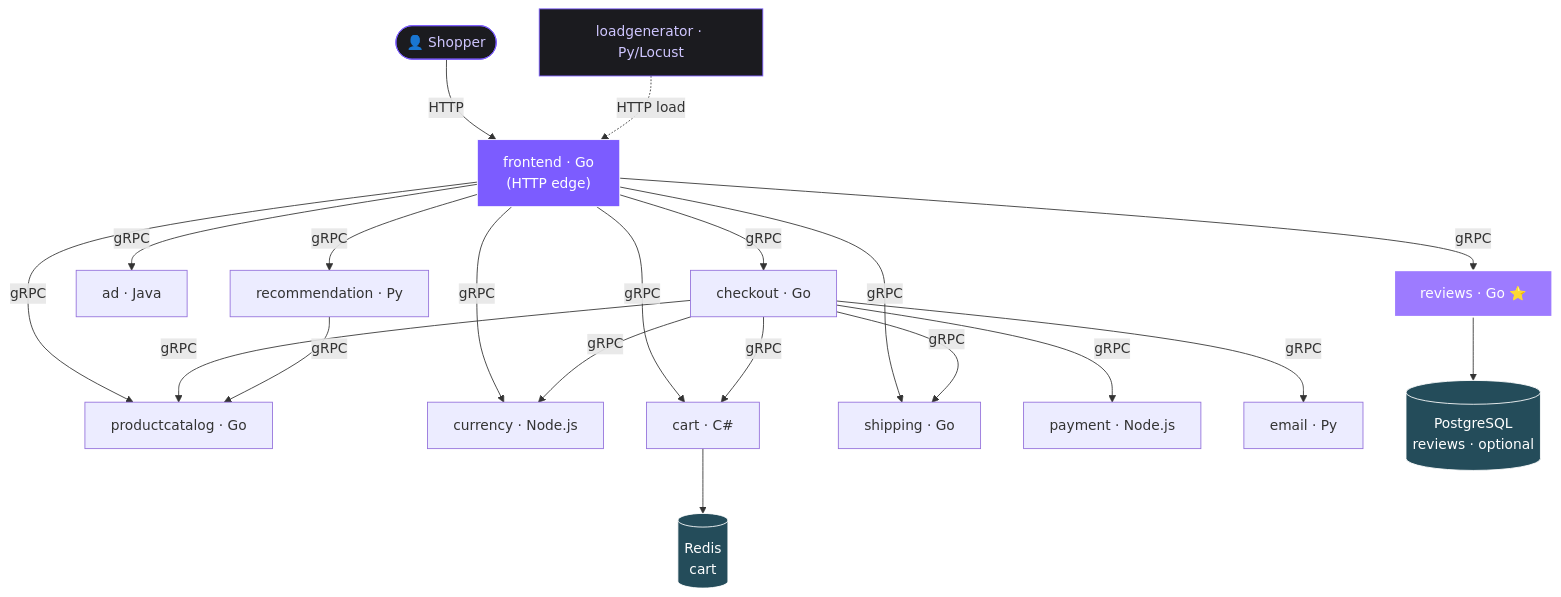
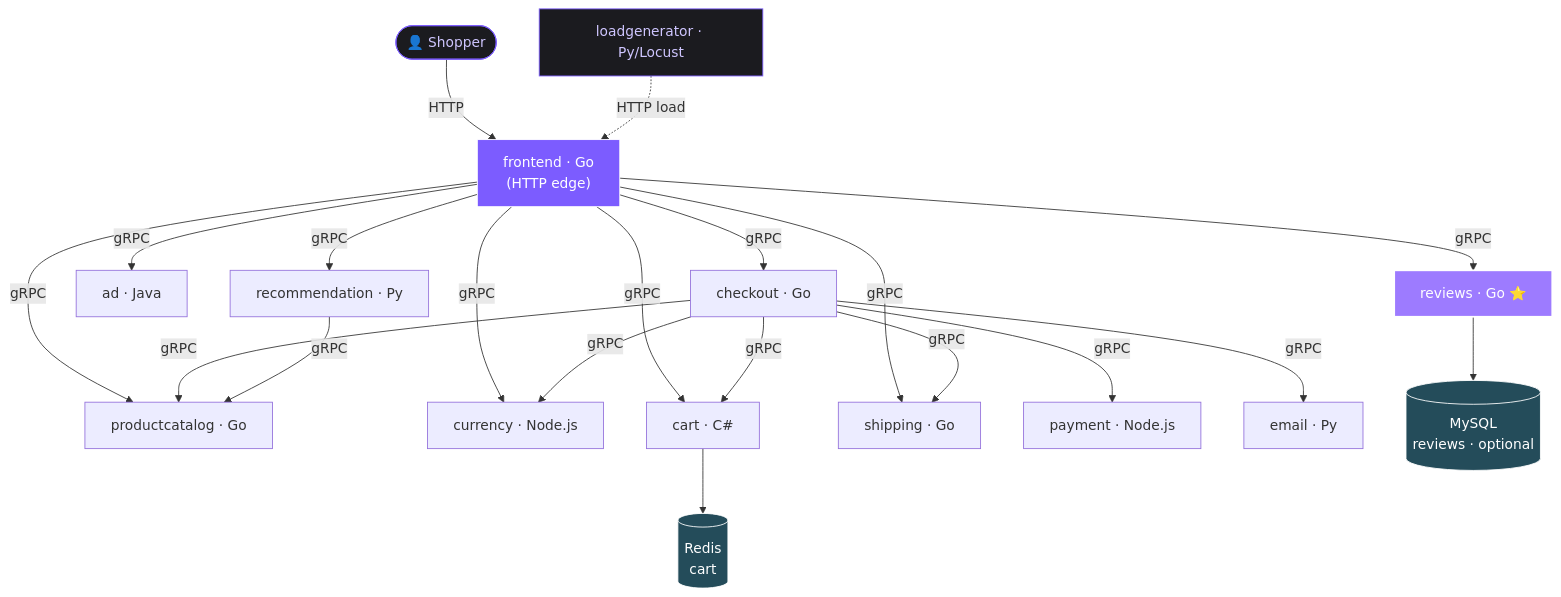
Before and after one commit to grvtech1/VANTA-Boutique: the first of 2 diagrams in README.md, drawn with Mermaid. The commit also changed other lines of this file and 25 other files, not shown here.

````diff
--- a/README.md
+++ b/README.md
@@ -97,39 +97,39 @@
 ```mermaid
 flowchart TD
     user([👤 Shopper]):::ext
     lg[loadgenerator · Py/Locust]:::ext
 
     user -->|HTTP| fe
     lg -. HTTP load .-> fe
 
     fe["frontend · Go<br/>(HTTP edge)"]:::edge
 
     %% frontend fan-out (gRPC)
     fe -->|gRPC| pc[productcatalog · Go]
     fe -->|gRPC| cur[currency · Node.js]
     fe -->|gRPC| cart[cart · C#]
     fe -->|gRPC| rec[recommendation · Py]
     fe -->|gRPC| ship[shipping · Go]
     fe -->|gRPC| ad[ad · Java]
     fe -->|gRPC| rev["reviews · Go ⭐"]:::new
     fe -->|gRPC| co[checkout · Go]
 
     %% checkout orchestration (gRPC)
     co -->|gRPC| cart
     co -->|gRPC| pc
     co -->|gRPC| cur
     co -->|gRPC| ship
     co -->|gRPC| pay[payment · Node.js]
     co -->|gRPC| email[email · Py]
 
     rec -->|gRPC| pc
 
     %% data stores
     cart --> redis[("Redis<br/>cart")]:::store
-    rev --> pg[("PostgreSQL<br/>reviews · optional")]:::store
+    rev --> pg[("MySQL<br/>reviews · optional")]:::store
 
     classDef edge  fill:#7c5cff,stroke:#fff,color:#fff;
     classDef new   fill:#9d7bff,stroke:#fff,color:#fff,stroke-width:2px;
     classDef store fill:#244c5a,stroke:#fff,color:#fff;
     classDef ext   fill:#1b1b1f,stroke:#7c5cff,color:#cfc6ff;
 ```
````
